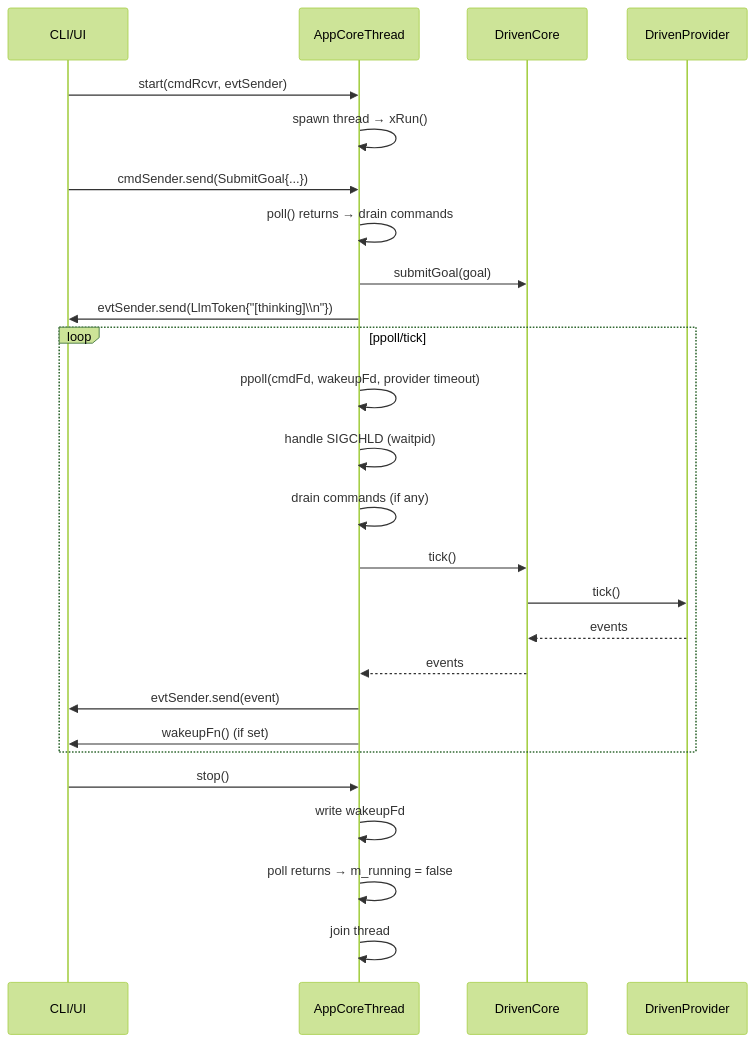
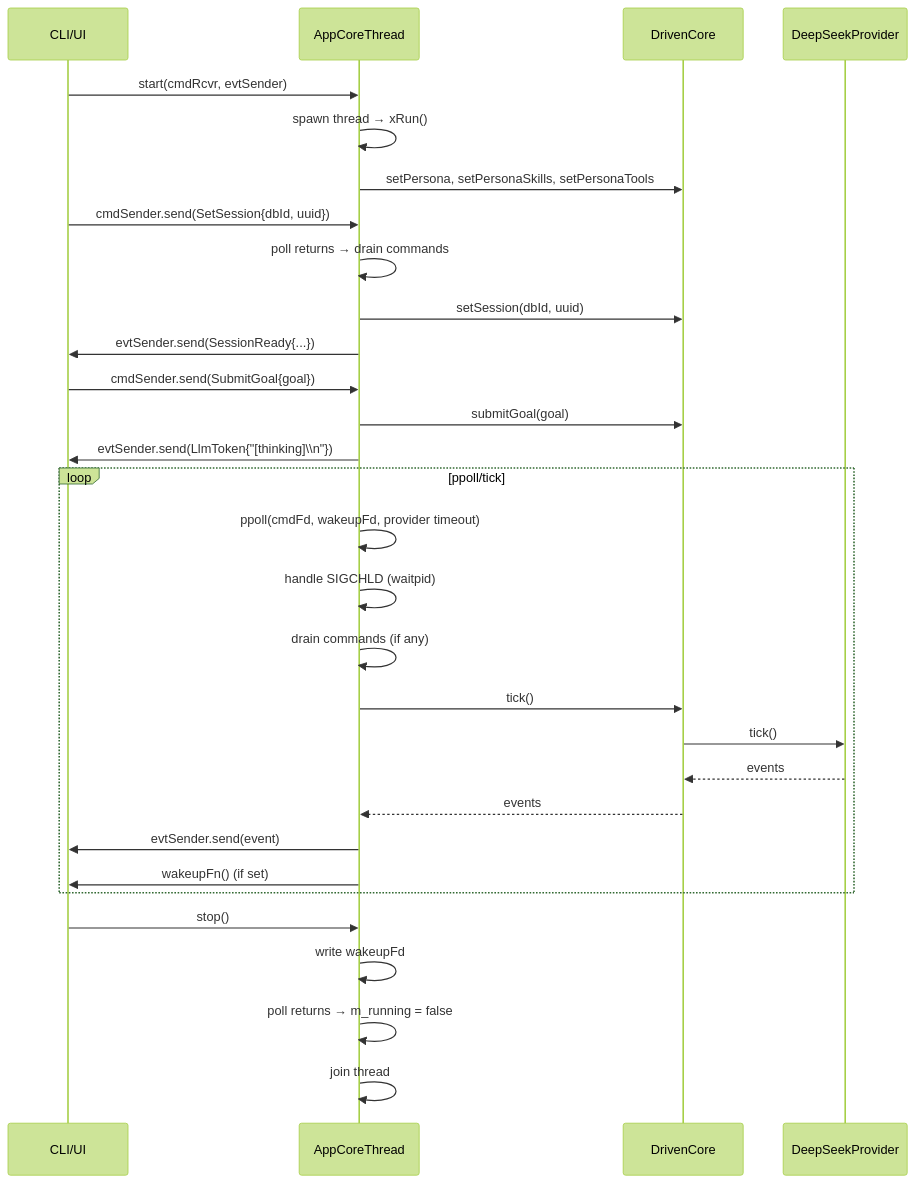
Before and after one commit to opensassi/a0: the second of 2 diagrams in src/app_core_thread.spec.md, drawn with Mermaid (forest theme). The commit also changed other lines of this file and 26 other files, not shown here.

First line of the commit message:
Fix persona tool filtering: default to software-engineer, remove all-tools fallback, sync specs

````diff
--- a/src/app_core_thread.spec.md
+++ b/src/app_core_thread.spec.md
@@ -109,32 +102,37 @@
 ```mermaid
 sequenceDiagram
     participant UI as CLI/UI
     participant ACT as AppCoreThread
     participant CORE as DrivenCore
-    participant PROV as DrivenProvider
+    participant PROV as DeepSeekProvider
 
     UI->>ACT: start(cmdRcvr, evtSender)
     ACT->>ACT: spawn thread → xRun()
+    ACT->>CORE: setPersona, setPersonaSkills, setPersonaTools
 
-    UI->>ACT: cmdSender.send(SubmitGoal{...})
-    ACT->>ACT: poll() returns → drain commands
+    UI->>ACT: cmdSender.send(SetSession{dbId, uuid})
+    ACT->>ACT: poll returns → drain commands
+    ACT->>CORE: setSession(dbId, uuid)
+    ACT->>UI: evtSender.send(SessionReady{...})
+
+    UI->>ACT: cmdSender.send(SubmitGoal{goal})
     ACT->>CORE: submitGoal(goal)
     ACT->>UI: evtSender.send(LlmToken{"[thinking]\\n"})
 
     loop ppoll/tick
         ACT->>ACT: ppoll(cmdFd, wakeupFd, provider timeout)
         ACT->>ACT: handle SIGCHLD (waitpid)
         ACT->>ACT: drain commands (if any)
         ACT->>CORE: tick()
         CORE->>PROV: tick()
         PROV-->>CORE: events
         CORE-->>ACT: events
         ACT->>UI: evtSender.send(event)
         ACT->>UI: wakeupFn() (if set)
     end
 
     UI->>ACT: stop()
     ACT->>ACT: write wakeupFd
     ACT->>ACT: poll returns → m_running = false
     ACT->>ACT: join thread
 ```
````
